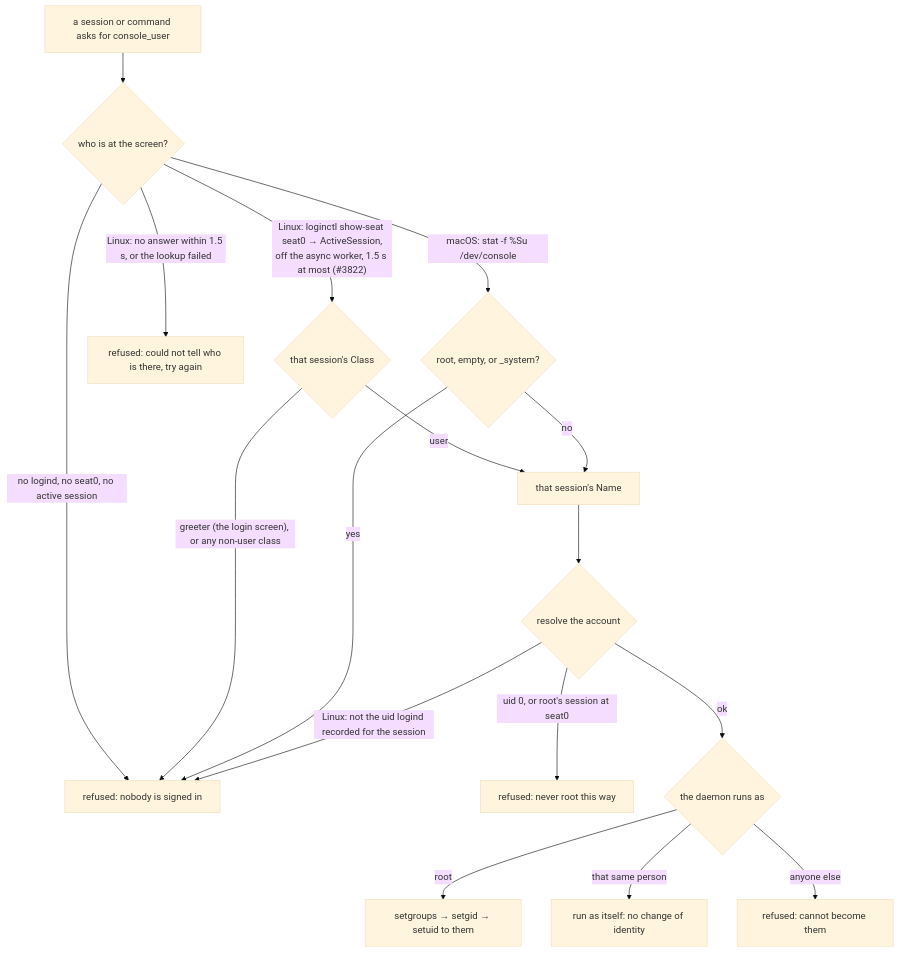
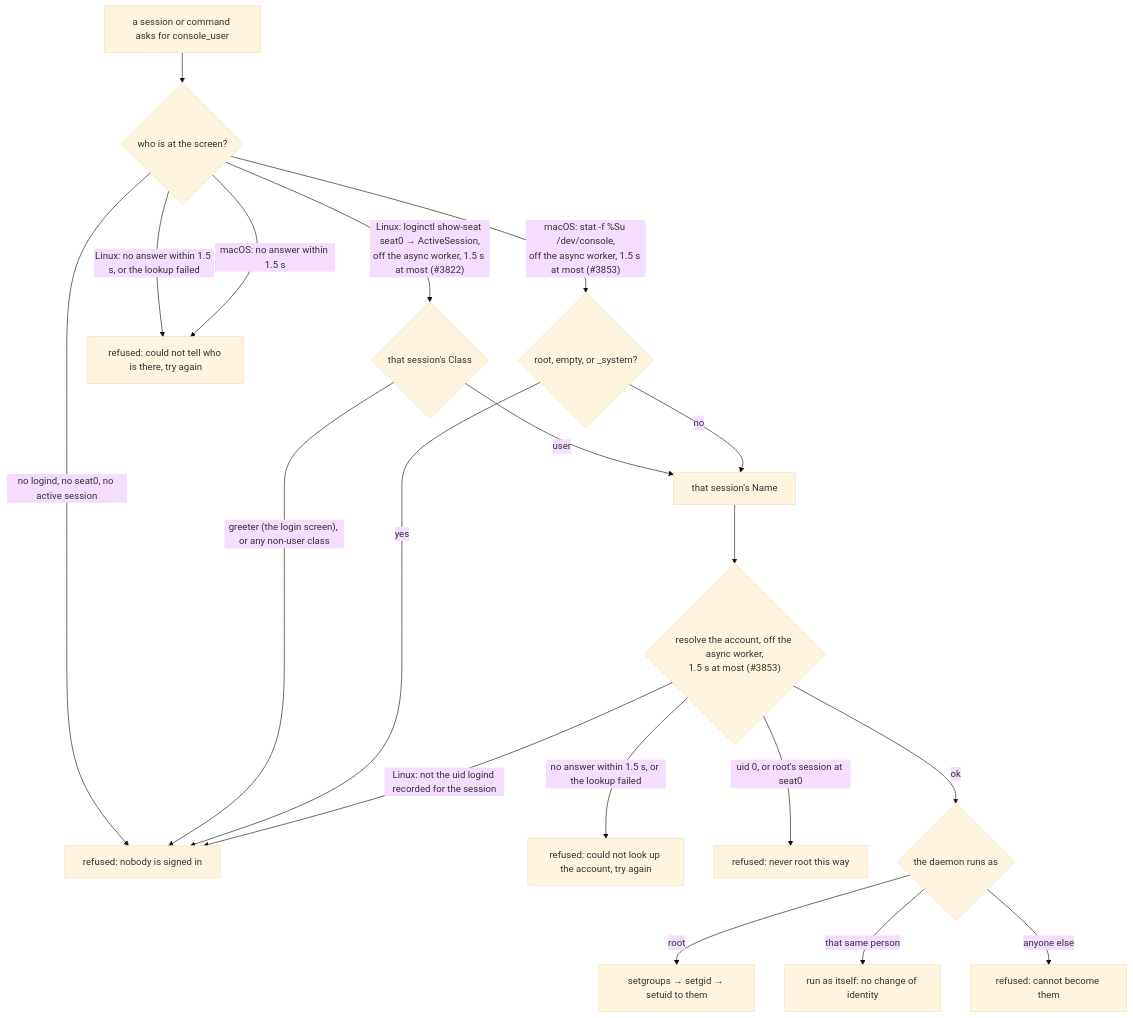
One commit to gjovanov/roomler-ai changed the fifth of 8 diagrams in docs/roomler-ssh.md. Above: the diagram before and after it, drawn with Mermaid (base theme). The commit also changed other lines of this file and 23 other files, not shown here.

First line of the commit message:
fix(exec): named and console_user look the account up off the async worker, 1.5 s at most, and a timeout refuses with try again (#3854)

````diff
--- a/docs/roomler-ssh.md
+++ b/docs/roomler-ssh.md
@@ -638,19 +638,21 @@
 ```mermaid
 flowchart TD
   S["a session or command asks for console_user"] --> L{"who is at the screen?"}
   L -- "Linux: loginctl show-seat seat0 → ActiveSession,<br/>off the async worker, 1.5 s at most (#3822)" --> K{"that session's Class"}
   L -- "Linux: no answer within 1.5 s, or the lookup failed" --> X4["refused: could not tell who is there, try again"]
-  L -- "macOS: stat -f %Su /dev/console" --> M{"root, empty, or _system?"}
+  L -- "macOS: stat -f %Su /dev/console,<br/>off the async worker, 1.5 s at most (#3853)" --> M{"root, empty, or _system?"}
+  L -- "macOS: no answer within 1.5 s" --> X4
   L -- "no logind, no seat0, no active session" --> X1["refused: nobody is signed in"]
   K -- "greeter (the login screen), or any non-user class" --> X1
   K -- user --> A["that session's Name"]
   M -- yes --> X1
   M -- no --> A
-  A --> R{"resolve the account"}
+  A --> R{"resolve the account, off the async worker,<br/>1.5 s at most (#3853)"}
+  R -- "no answer within 1.5 s, or the lookup failed" --> X5["refused: could not look up the account, try again"]
   R -- "uid 0, or root's session at seat0" --> X2["refused: never root this way"]
   R -- "Linux: not the uid logind recorded for the session" --> X1
   R -- ok --> D{"the daemon runs as"}
   D -- root --> DROP["setgroups → setgid → setuid to them"]
   D -- "that same person" --> SELF["run as itself: no change of identity"]
   D -- "anyone else" --> X3["refused: cannot become them"]
 ```
````
